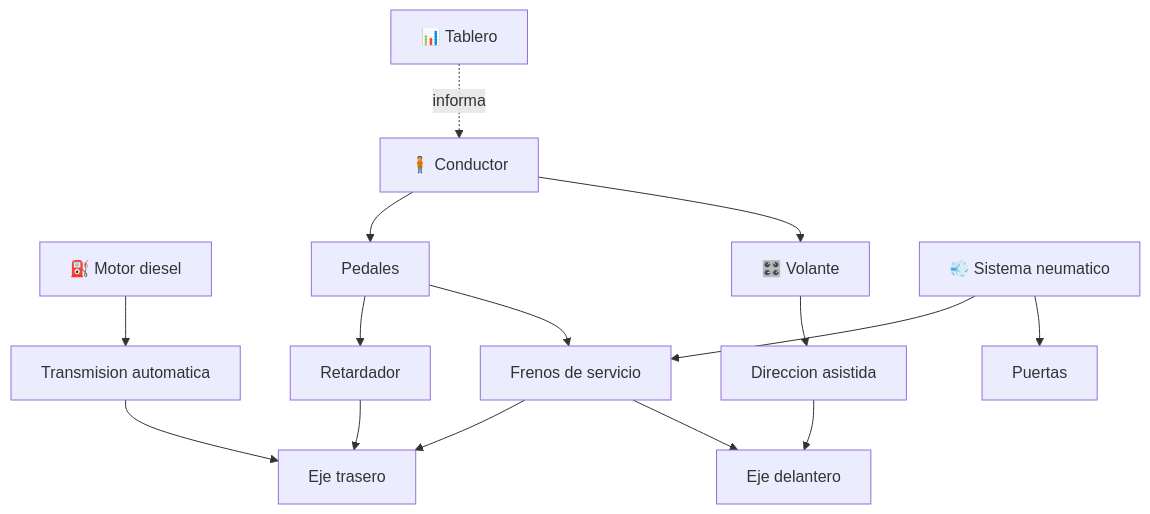
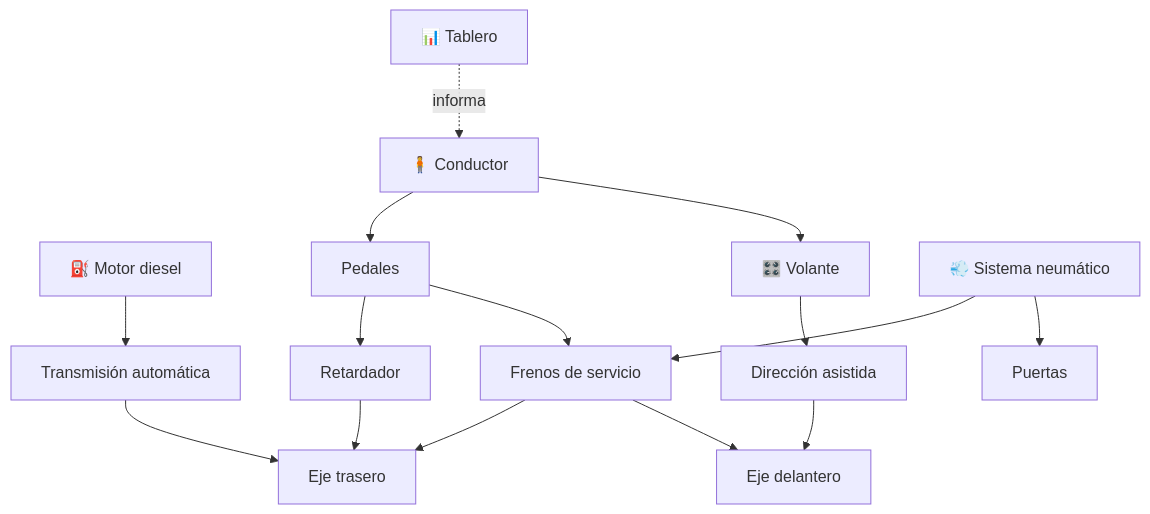
One commit to vladimiracunadev-create/machine-operator-program changed the diagram in vehiculos/buses/README.md. Above: the diagram before and after it, drawn with Mermaid. The commit also changed other lines of this file and 442 other files, not shown here.

````diff
--- a/vehiculos/buses/README.md
+++ b/vehiculos/buses/README.md
@@ -31,17 +31,17 @@
 ```mermaid
 flowchart TD
-    Diesel[⛽ Motor diesel] --> Transmision[Transmision automatica]
+    Diesel[⛽ Motor diesel] --> Transmision[Transmisión automática]
     Transmision --> EjeT[Eje trasero]
-    Volante[🎛️ Volante] --> Direccion[Direccion asistida]
+    Volante[🎛️ Volante] --> Direccion[Dirección asistida]
     Direccion --> EjeD[Eje delantero]
     Pedales[Pedales] --> Frenos[Frenos de servicio]
     Pedales --> Retardador[Retardador]
     Frenos --> EjeD
     Frenos --> EjeT
     Retardador --> EjeT
-    Neumatico[💨 Sistema neumatico] --> Puertas[Puertas]
+    Neumatico[💨 Sistema neumático] --> Puertas[Puertas]
     Neumatico --> Frenos
     Tablero[📊 Tablero] -. informa .-> Conductor[🧍 Conductor]
     Conductor --> Volante
     Conductor --> Pedales
 ```
````
